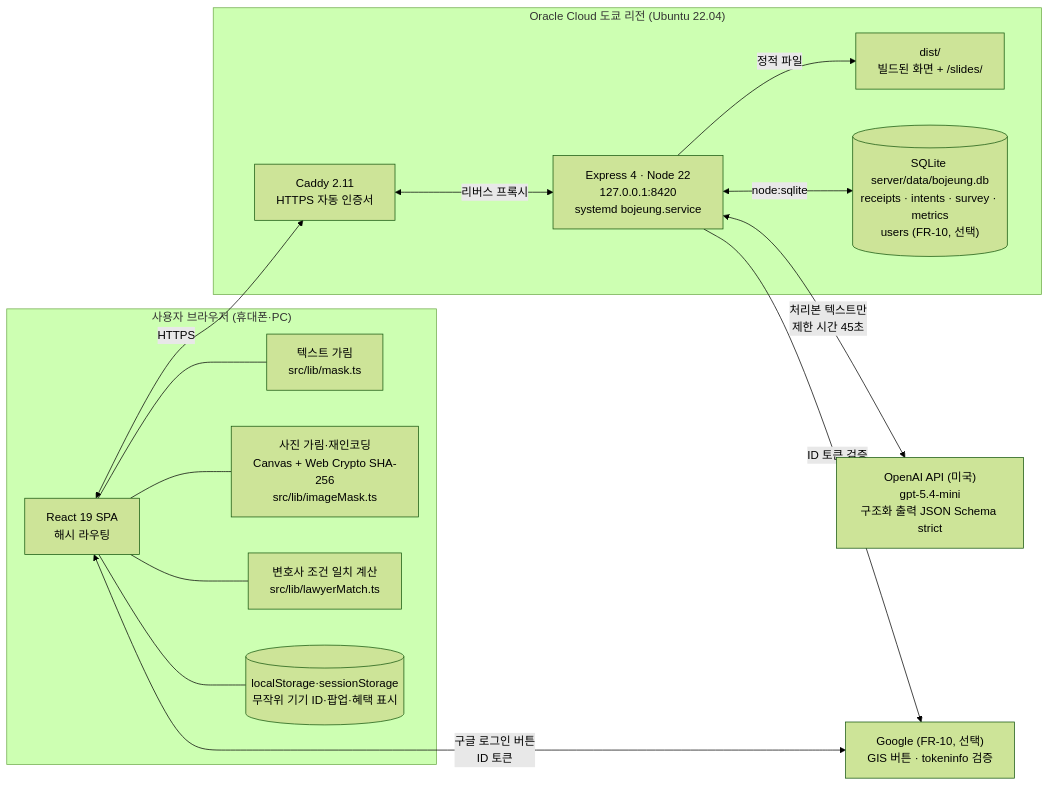
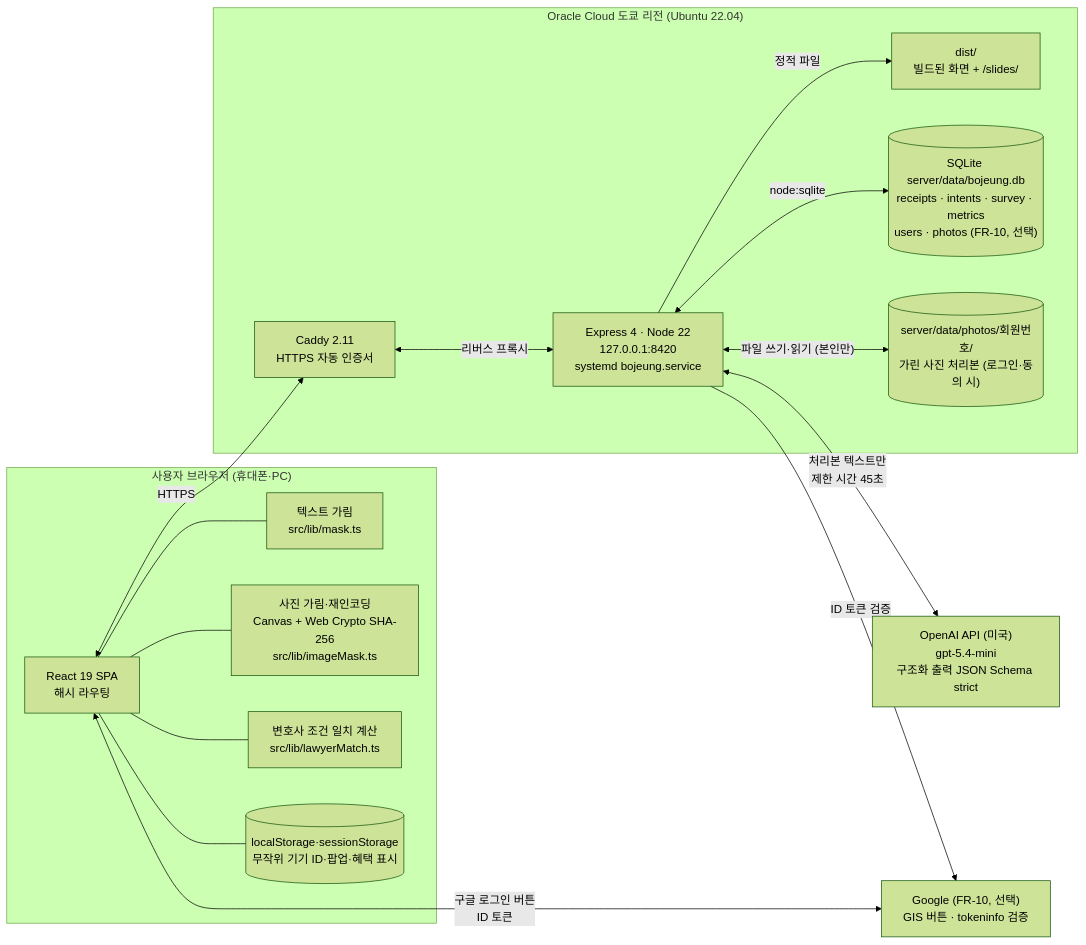
Before and after one commit to a1paka12/AIBuilder_Challenge: the first of 8 diagrams in docs/ARCHITECTURE.md, drawn with Mermaid (forest theme). The commit also changed other lines of this file and 32 other files, not shown here.

````diff
--- a/docs/ARCHITECTURE.md
+++ b/docs/ARCHITECTURE.md
@@ -21,32 +21,34 @@
 ```mermaid
 flowchart LR
     subgraph BR["사용자 브라우저 (휴대폰·PC)"]
         SPA["React 19 SPA<br/>해시 라우팅"]
         MASK["텍스트 가림<br/>src/lib/mask.ts"]
         CANVAS["사진 가림·재인코딩<br/>Canvas + Web Crypto SHA-256<br/>src/lib/imageMask.ts"]
         MATCH["변호사 조건 일치 계산<br/>src/lib/lawyerMatch.ts"]
         LS[("localStorage·sessionStorage<br/>무작위 기기 ID·팝업·혜택 표시")]
         SPA --- MASK
         SPA --- CANVAS
         SPA --- MATCH
         SPA --- LS
     end
 
     subgraph OCI["Oracle Cloud 도쿄 리전 (Ubuntu 22.04)"]
         CADDY["Caddy 2.11<br/>HTTPS 자동 인증서"]
         EXP["Express 4 · Node 22<br/>127.0.0.1:8420<br/>systemd bojeung.service"]
         DIST["dist/<br/>빌드된 화면 + /slides/"]
-        DB[("SQLite server/data/bojeung.db<br/>receipts · intents · survey · metrics<br/>users (FR-10, 선택)")]
+        DB[("SQLite server/data/bojeung.db<br/>receipts · intents · survey · metrics<br/>users · photos (FR-10, 선택)")]
+        PH[("server/data/photos/회원번호/<br/>가린 사진 처리본 (로그인·동의 시)")]
         CADDY <-->|"리버스 프록시"| EXP
         EXP -->|"정적 파일"| DIST
         EXP <-->|"node:sqlite"| DB
+        EXP <-->|"파일 쓰기·읽기 (본인만)"| PH
     end
 
     OAI["OpenAI API (미국)<br/>gpt-5.4-mini<br/>구조화 출력 JSON Schema strict"]
     GOO["Google (FR-10, 선택)<br/>GIS 버튼 · tokeninfo 검증"]
 
     SPA <-->|"HTTPS"| CADDY
     EXP <-->|"처리본 텍스트만<br/>제한 시간 45초"| OAI
     SPA <-->|"구글 로그인 버튼<br/>ID 토큰"| GOO
     EXP -->|"ID 토큰 검증"| GOO
 ```
````
